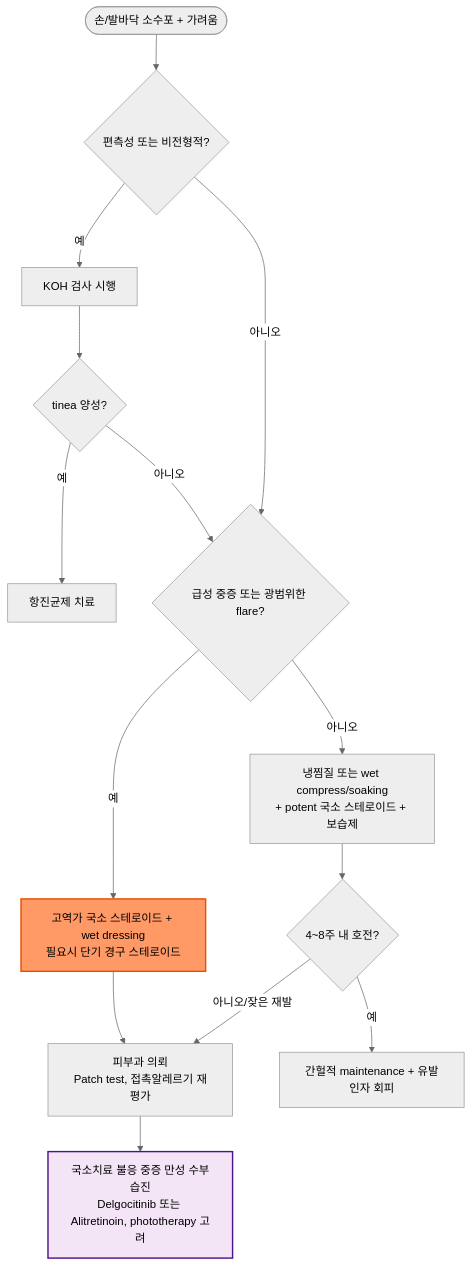
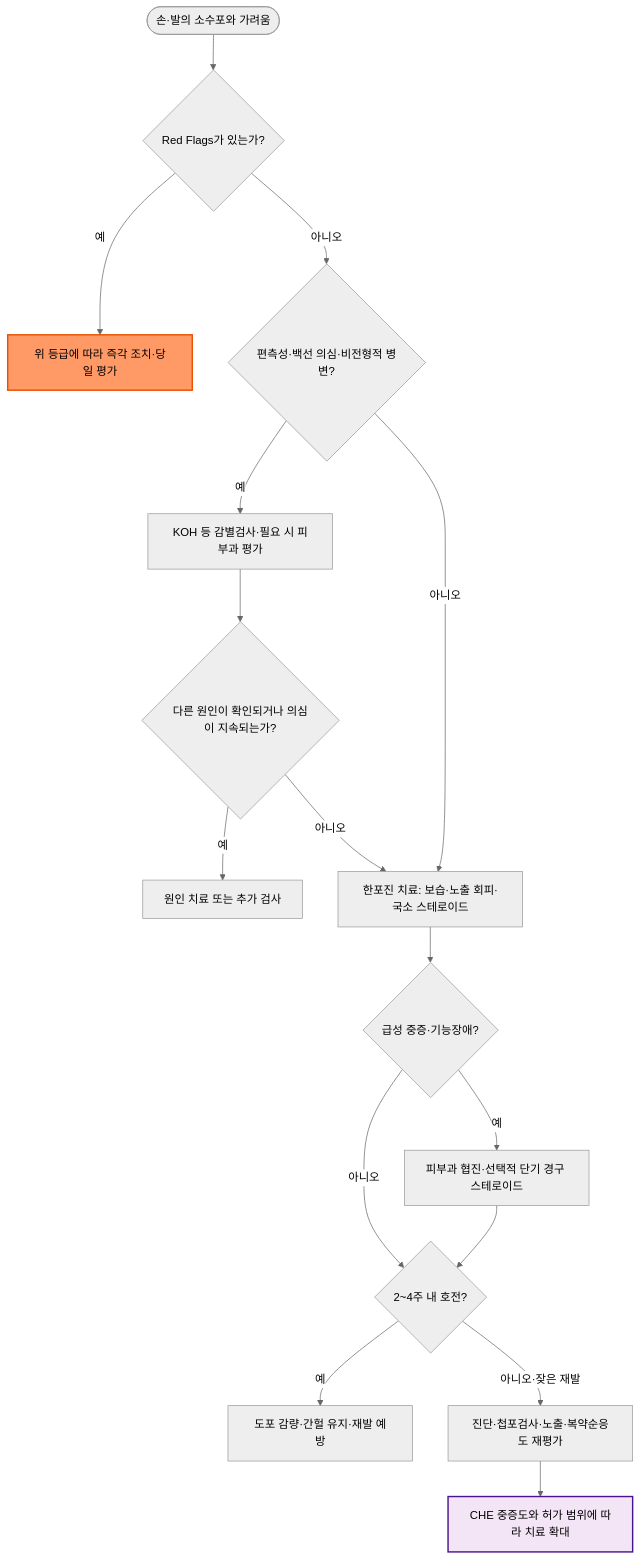
One commit to familyoh77/familyoh77 changed the diagram in 229_/160_-dyshidrosis.md. Above: the diagram before and after it, drawn with Mermaid (neutral theme). The commit also changed other lines of this file and 10 other files, not shown here.

````diff
--- a/229_/160_-dyshidrosis.md
+++ b/229_/160_-dyshidrosis.md
@@ -83,18 +86,20 @@
 ```mermaid
 graph TD
-    A([손/발바닥 소수포 + 가려움]) --> B{편측성 또는 비전형적?}
-    B -- 예 --> C[KOH 검사 시행]
-    C --> C1{tinea 양성?}
-    C1 -- 예 --> C2[항진균제 치료]
-    C1 -- 아니오 --> D{급성 중증 또는 광범위한 flare?}
-    B -- 아니오 --> D
-    D -- 예 --> E[고역가 국소 스테로이드 + wet dressing<br/>필요시 단기 경구 스테로이드]
-    D -- 아니오 --> F[냉찜질 또는 wet compress/soaking<br/>+ potent 국소 스테로이드 + 보습제]
-    F --> G{4~8주 내 호전?}
-    G -- 아니오/잦은 재발 --> H[피부과 의뢰<br/>Patch test, 접촉알레르기 재평가]
-    H --> I[국소치료 불응 중증 만성 수부습진<br/>Delgocitinib 또는 Alitretinoin, phototherapy 고려]
-    G -- 예 --> J[간헐적 maintenance + 유발인자 회피]
-    E --> H
-    style E fill:#f96,stroke:#e65100,stroke-width:2px
-    style I fill:#f3e5f5,stroke:#4a148c,stroke-width:2px
+    A(["손·발의 소수포와 가려움"]) --> B{"Red Flags가 있는가?"}
+    B -- "예" --> R["위 등급에 따라 즉각 조치·당일 평가"]
+    B -- "아니오" --> C{"편측성·백선 의심·비전형적 병변?"}
+    C -- "예" --> D["KOH 등 감별검사·필요 시 피부과 평가"]
+    D --> E{"다른 원인이 확인되거나 의심이 지속되는가?"}
+    E -- "예" --> X["원인 치료 또는 추가 검사"]
+    E -- "아니오" --> F["한포진 치료: 보습·노출 회피·국소 스테로이드"]
+    C -- "아니오" --> F
+    F --> G{"급성 중증·기능장애?"}
+    G -- "예" --> H["피부과 협진·선택적 단기 경구 스테로이드"]
+    G -- "아니오" --> I{"2~4주 내 호전?"}
+    H --> I
+    I -- "예" --> J["도포 감량·간헐 유지·재발 예방"]
+    I -- "아니오·잦은 재발" --> K["진단·첩포검사·노출·복약순응도 재평가"]
+    K --> L["CHE 중증도와 허가 범위에 따라 치료 확대"]
+    style R fill:#f96,stroke:#e65100,stroke-width:2px
+    style L fill:#f3e5f5,stroke:#4a148c,stroke-width:2px
 ```
````
